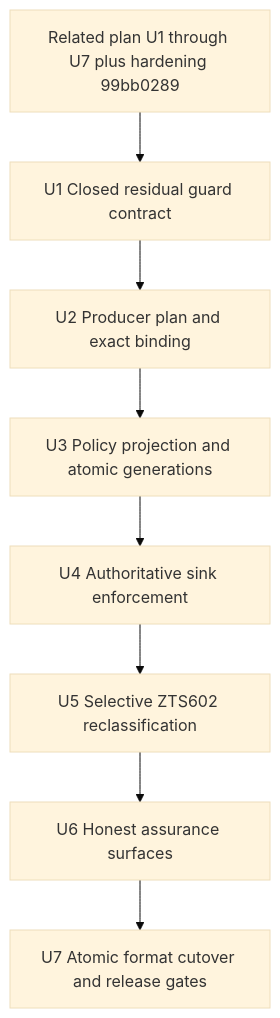
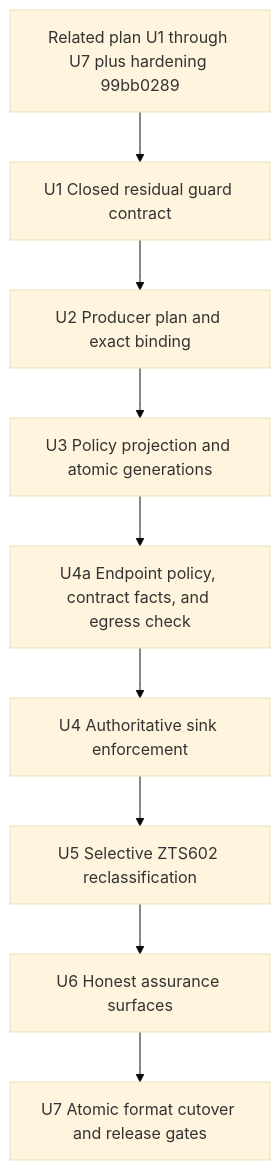
Before and after one commit to srdjan/zttp: the fifth of 5 diagrams in docs/plans/2026-08-31-1242-feat-residual-runtime-guard-addendum-plan.md, drawn with Mermaid (base theme). The commit also changed other lines of this file, not shown here.

First line of the commit message:
docs(plan): split the egress endpoint move into its own unit

````diff
--- a/docs/plans/2026-08-31-1242-feat-residual-runtime-guard-addendum-plan.md
+++ b/docs/plans/2026-08-31-1242-feat-residual-runtime-guard-addendum-plan.md
@@ -377,10 +378,11 @@
 ```mermaid
 flowchart TB
   P1[Related plan U1 through U7 plus hardening 99bb0289] --> U1[U1 Closed residual guard contract]
   U1 --> U2[U2 Producer plan and exact binding]
   U2 --> U3[U3 Policy projection and atomic generations]
-  U3 --> U4[U4 Authoritative sink enforcement]
+  U3 --> U4A[U4a Endpoint policy, contract facts, and egress check]
+  U4A --> U4[U4 Authoritative sink enforcement]
   U4 --> U5[U5 Selective ZTS602 reclassification]
   U5 --> U6[U6 Honest assurance surfaces]
   U6 --> U7[U7 Atomic format cutover and release gates]
 ```
````
